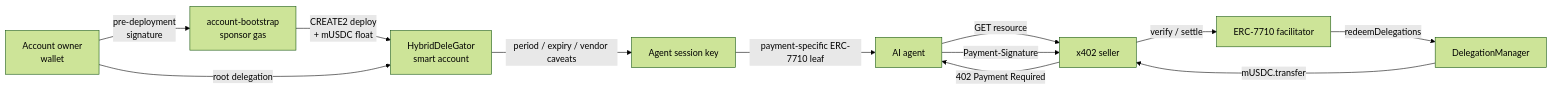
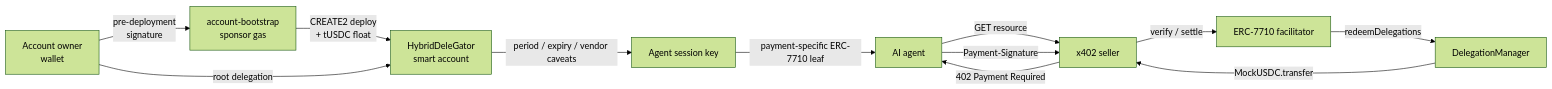
One commit to kooroot/Mapae changed the diagram in README.ko.md. Above: the diagram before and after it, drawn with Mermaid (forest theme). The commit also changed other lines of this file and 1 other file, not shown here.

First line of the commit message:
docs(readme): 금액은 tUSDC로, 컨트랙트는 MockUSDC로 부른다

````diff
--- a/README.ko.md
+++ b/README.ko.md
@@ -48,14 +48,14 @@
 ```mermaid
 flowchart LR
     Owner["Account owner<br/>wallet"] -->|"pre-deployment<br/>signature"| Bootstrap["account-bootstrap<br/>sponsor gas"]
-    Bootstrap -->|"CREATE2 deploy<br/>+ mUSDC float"| Account["HybridDeleGator<br/>smart account"]
+    Bootstrap -->|"CREATE2 deploy<br/>+ tUSDC float"| Account["HybridDeleGator<br/>smart account"]
     Owner -->|"root delegation"| Account
     Account -->|"period / expiry / vendor caveats"| Session["Agent session key"]
     Session -->|"payment-specific ERC-7710 leaf"| Agent["AI agent"]
     Agent -->|"GET resource"| Seller["x402 seller"]
     Seller -->|"402 Payment Required"| Agent
     Agent -->|"Payment-Signature"| Seller
     Seller -->|"verify / settle"| Facilitator["ERC-7710 facilitator"]
     Facilitator -->|"redeemDelegations"| Manager["DelegationManager"]
-    Manager -->|"mUSDC.transfer"| Seller
+    Manager -->|"MockUSDC.transfer"| Seller
 ```
````
